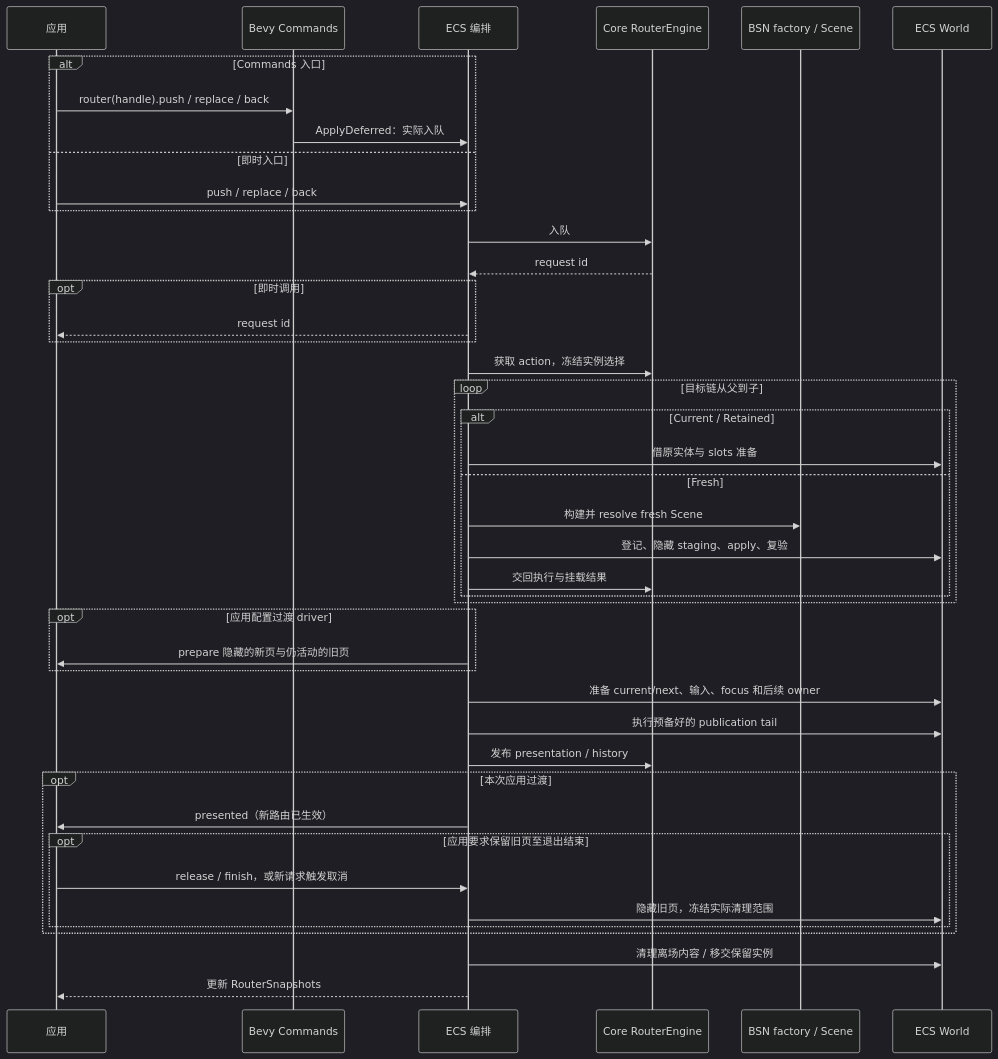
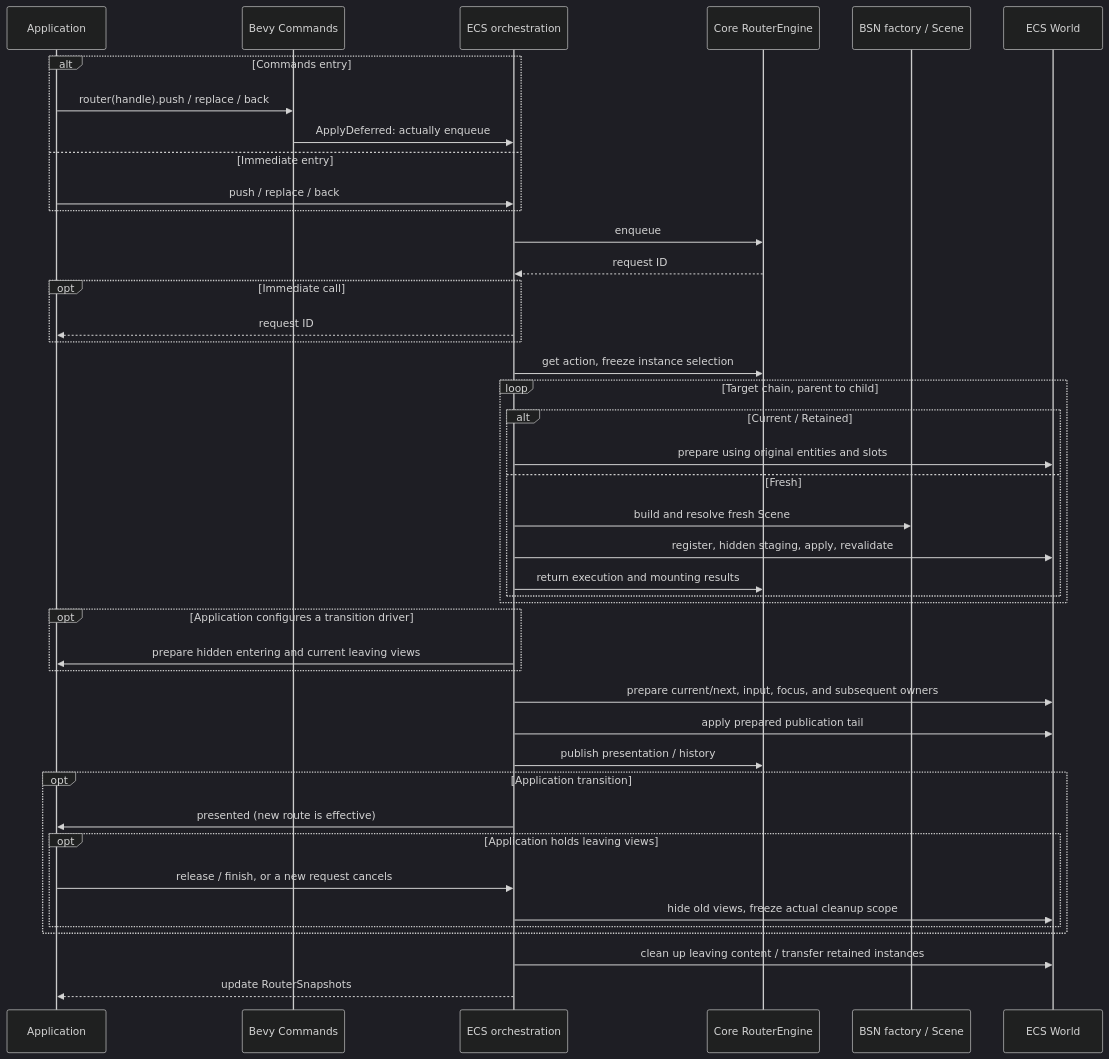
Before and after one commit to shengyusi-SYS/bevy_ui_router: the second of 3 diagrams in docs/architecture/runtime.md, drawn with Mermaid (dark theme). The commit also changed other lines of this file and 73 other files, not shown here.

````diff
--- a/docs/architecture/runtime.md
+++ b/docs/architecture/runtime.md
@@ -38,45 +38,45 @@
 ```mermaid
 sequenceDiagram
-    participant App as 应用
+    participant App as Application
     participant Commands as Bevy Commands
-    participant Nav as ECS 编排
+    participant Nav as ECS orchestration
     participant Core as Core RouterEngine
     participant Scene as BSN factory / Scene
     participant World as ECS World
-    alt Commands 入口
+    alt Commands entry
         App->>Commands: router(handle).push / replace / back
-        Commands->>Nav: ApplyDeferred：实际入队
-    else 即时入口
+        Commands->>Nav: ApplyDeferred: actually enqueue
+    else Immediate entry
         App->>Nav: push / replace / back
     end
-    Nav->>Core: 入队
-    Core-->>Nav: request id
-    opt 即时调用
-        Nav-->>App: request id
+    Nav->>Core: enqueue
+    Core-->>Nav: request ID
+    opt Immediate call
+        Nav-->>App: request ID
     end
-    Nav->>Core: 获取 action，冻结实例选择
-    loop 目标链从父到子
+    Nav->>Core: get action, freeze instance selection
+    loop Target chain, parent to child
         alt Current / Retained
-            Nav->>World: 借原实体与 slots 准备
+            Nav->>World: prepare using original entities and slots
         else Fresh
-            Nav->>Scene: 构建并 resolve fresh Scene
-            Nav->>World: 登记、隐藏 staging、apply、复验
-            Nav->>Core: 交回执行与挂载结果
+            Nav->>Scene: build and resolve fresh Scene
+            Nav->>World: register, hidden staging, apply, revalidate
+            Nav->>Core: return execution and mounting results
         end
     end
-    opt 应用配置过渡 driver
-        Nav->>App: prepare 隐藏的新页与仍活动的旧页
+    opt Application configures a transition driver
+        Nav->>App: prepare hidden entering and current leaving views
     end
-    Nav->>World: 准备 current/next、输入、focus 和后续 owner
-    Nav->>World: 执行预备好的 publication tail
-    Nav->>Core: 发布 presentation / history
-    opt 本次应用过渡
-        Nav->>App: presented（新路由已生效）
-        opt 应用要求保留旧页至退出结束
-            App->>Nav: release / finish，或新请求触发取消
-            Nav->>World: 隐藏旧页，冻结实际清理范围
+    Nav->>World: prepare current/next, input, focus, and subsequent owners
+    Nav->>World: apply prepared publication tail
+    Nav->>Core: publish presentation / history
+    opt Application transition
+        Nav->>App: presented (new route is effective)
+        opt Application holds leaving views
+            App->>Nav: release / finish, or a new request cancels
+            Nav->>World: hide old views, freeze actual cleanup scope
         end
     end
-    Nav->>World: 清理离场内容 / 移交保留实例
-    Nav-->>App: 更新 RouterSnapshots
+    Nav->>World: clean up leaving content / transfer retained instances
+    Nav-->>App: update RouterSnapshots
 ```
````
